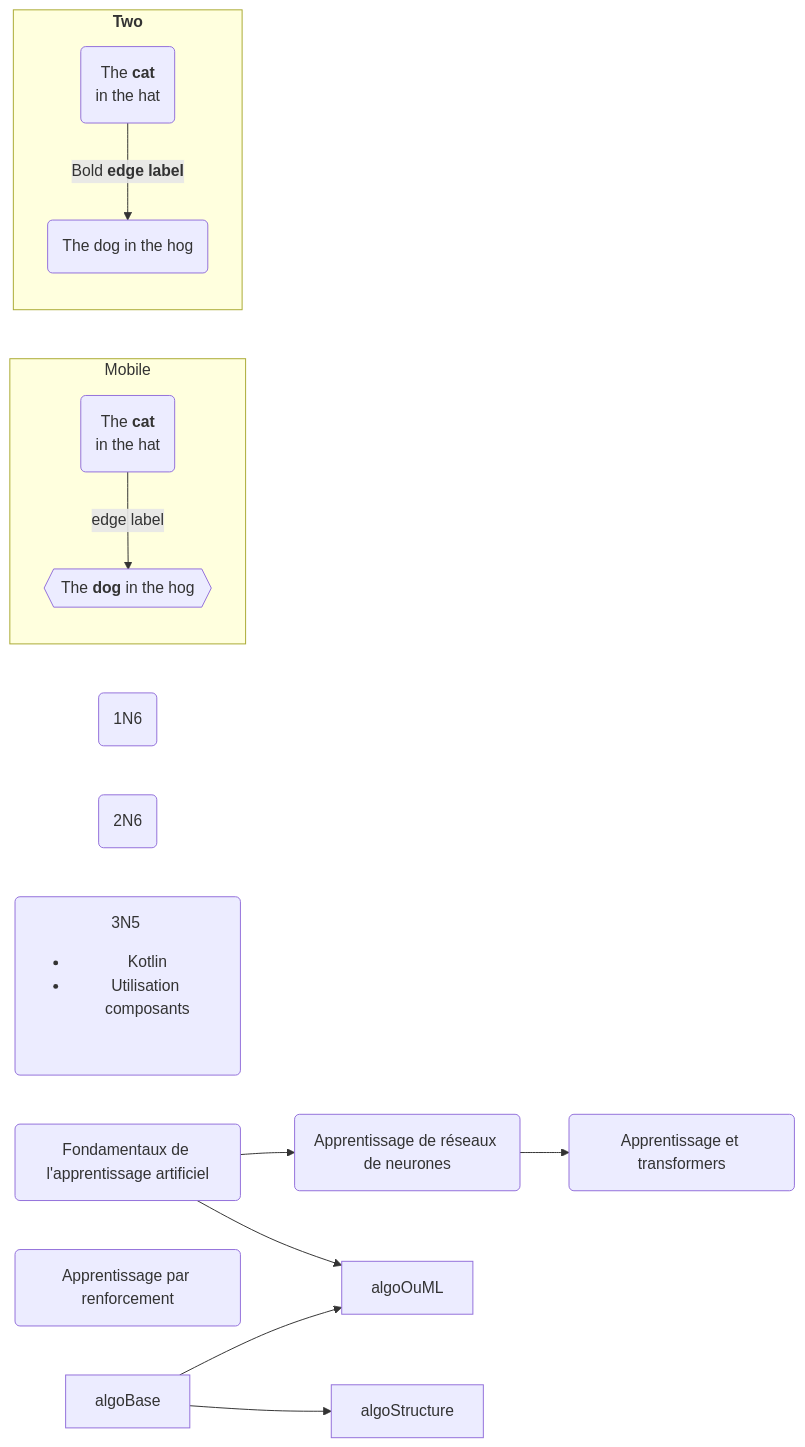
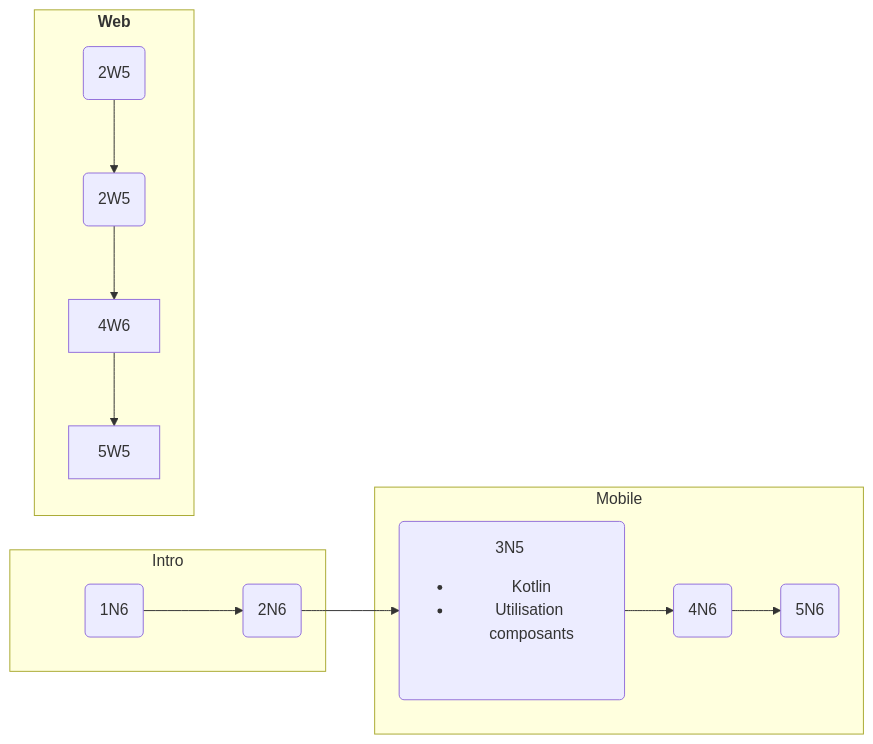
Before and after one commit to jorisdeguet/jorisdeguet.github.io: the diagram in grille-prog.md, drawn with Mermaid.

````diff
--- a/grille-prog.md
+++ b/grille-prog.md
@@ -1,23 +1,26 @@
 ```mermaid
 flowchart LR
     1N6("1N6")
     2N6("2N6")
     3N5("3N5 <ul><li>Kotlin</li><li>Utilisation composants</li> </ul")
-    mlBase(Fondamentaux de l'apprentissage artificiel)
-    mlTransformer(Apprentissage et transformers)
-    mlRenforcement(Apprentissage par renforcement)
-    mlReseauxNeurones(Apprentissage de réseaux de neurones)
-    
-    algoBase-->algoStructure
-    algoBase-->algoOuML
-    mlBase-->algoOuML
-    mlBase-->mlReseauxNeurones-->mlTransformer
+    4N6("4N6")
+    5N6("5N6")
+    2W5("2W5")
+    3W6("2W5")
+    2W5("2W5")
+    2W5("2W5")
+    subgraph "Intro"
+  1N6 --> 2N6
+ 
+end
 subgraph "Mobile"
-  a("`The **cat**
-  in the hat`") -- "edge label" --> b{{"`The **dog** in the hog`"}}
+  2N6 --> 3N5
+  3N5 --> 4N6
+  4N6 --> 5N6
 end
-subgraph "`**Two**`"
-  c("`The **cat**
-  in the hat`") -- "`Bold **edge label**`" --> d("The dog in the hog")
+subgraph "`**Web**`"
+  2W5 --> 3W6
+  3W6 --> 4W6
+  4W6 --> 5W5
 end
 ```
````
